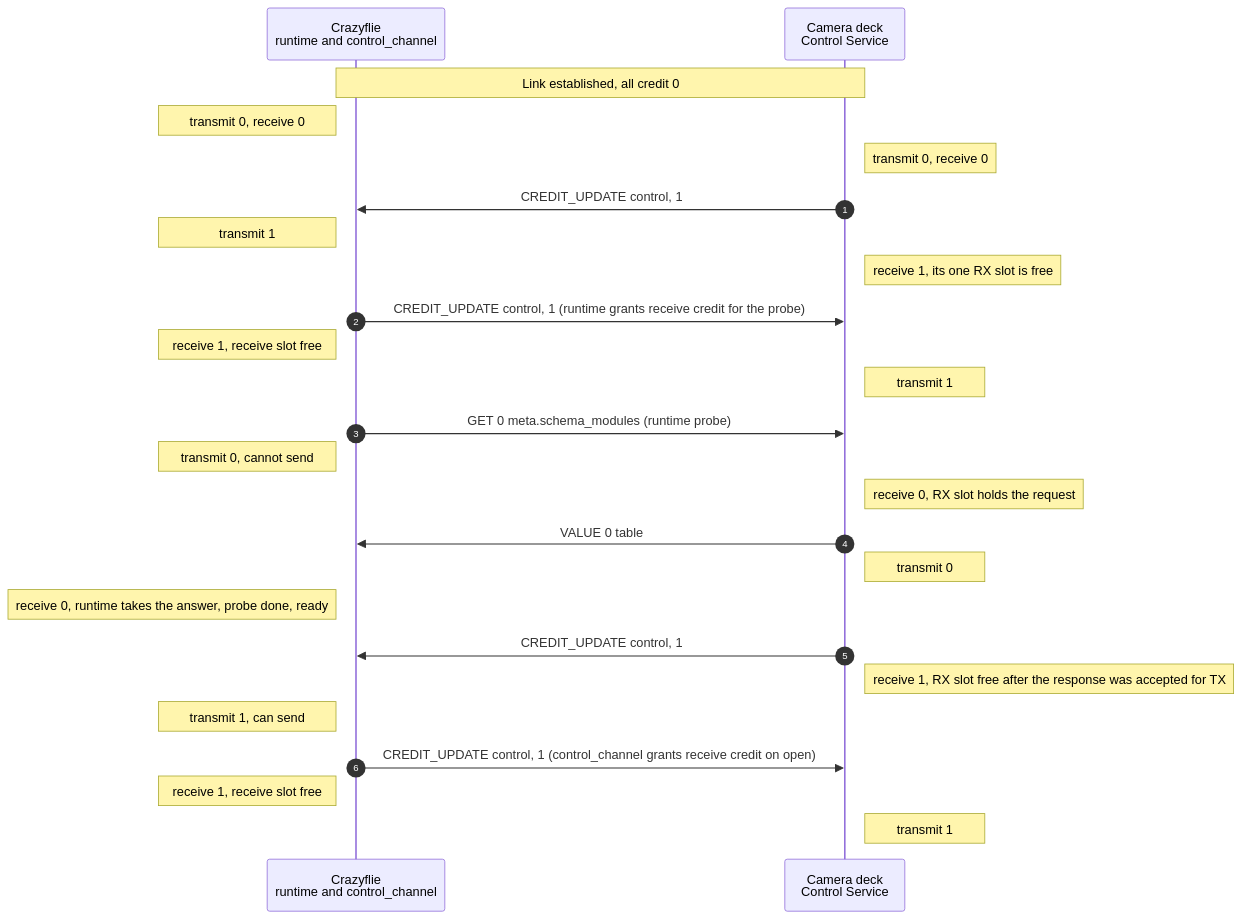
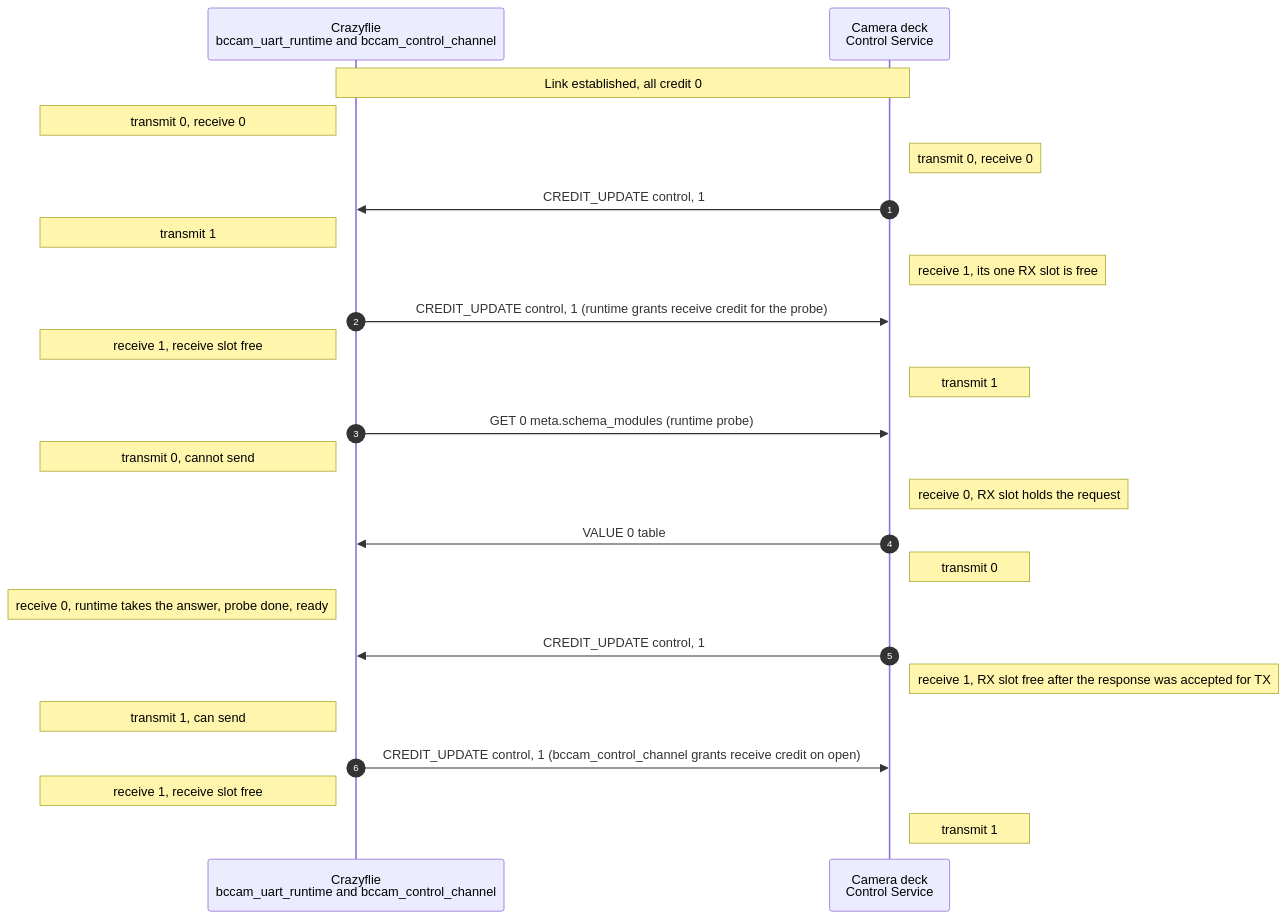
Before and after one commit to bitcraze/crazyflie-firmware: the ninth of 9 diagrams in docs/functional-areas/camera-deck-control.md, drawn with Mermaid. The commit also changed other lines of this file, not shown here.

````diff
--- a/docs/functional-areas/camera-deck-control.md
+++ b/docs/functional-areas/camera-deck-control.md
@@ -793,34 +819,34 @@
 ```mermaid
 sequenceDiagram
     autonumber
-    participant C as Crazyflie<br/>runtime and control_channel
+    participant C as Crazyflie<br/>bccam_uart_runtime and bccam_control_channel
     participant D as Camera deck<br/>Control Service
 
     Note over C,D: Link established, all credit 0
     Note left of C: transmit 0, receive 0
     Note right of D: transmit 0, receive 0
 
     D->>C: CREDIT_UPDATE control, 1
     Note left of C: transmit 1
     Note right of D: receive 1, its one RX slot is free
 
     C->>D: CREDIT_UPDATE control, 1 (runtime grants receive credit for the probe)
     Note left of C: receive 1, receive slot free
     Note right of D: transmit 1
 
     C->>D: GET 0 meta.schema_modules (runtime probe)
     Note left of C: transmit 0, cannot send
     Note right of D: receive 0, RX slot holds the request
 
     D->>C: VALUE 0 table
     Note right of D: transmit 0
     Note left of C: receive 0, runtime takes the answer, probe done, ready
 
     D->>C: CREDIT_UPDATE control, 1
     Note right of D: receive 1, RX slot free after the response was accepted for TX
     Note left of C: transmit 1, can send
 
-    C->>D: CREDIT_UPDATE control, 1 (control_channel grants receive credit on open)
+    C->>D: CREDIT_UPDATE control, 1 (bccam_control_channel grants receive credit on open)
     Note left of C: receive 1, receive slot free
     Note right of D: transmit 1
 ```
````
